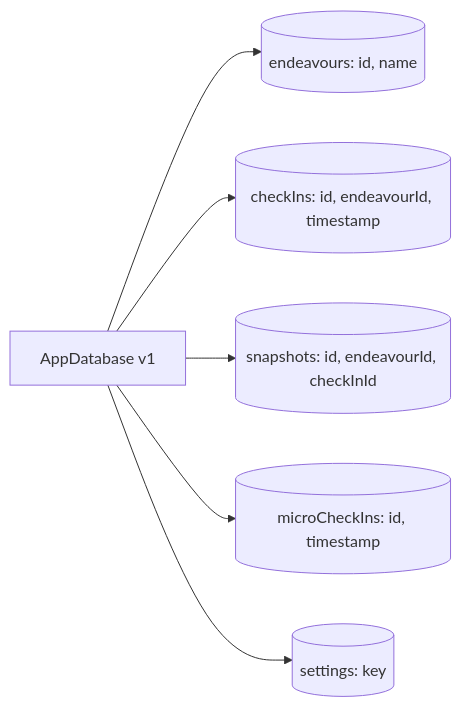
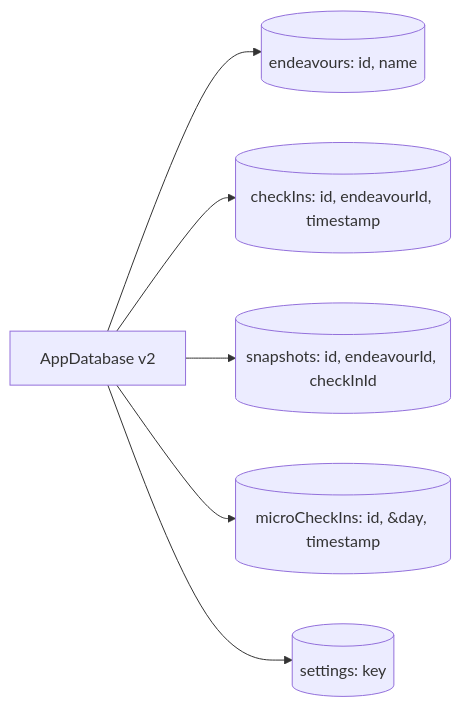
The diagram in src/data/ARCHITECTURE.md (alph-a07/rival), drawn with Mermaid before and after one commit. The commit also changed other lines of this file, not shown here.

First line of the commit message:
docs(data): update architecture doc to reflect new row DTO schema structure

````diff
--- a/src/data/ARCHITECTURE.md
+++ b/src/data/ARCHITECTURE.md
@@ -47,8 +45,8 @@
 ```mermaid
 flowchart LR
-    AppDatabase[AppDatabase v1] --> T1[(endeavours: id, name)]
+    AppDatabase[AppDatabase v2] --> T1[(endeavours: id, name)]
     AppDatabase --> T2[(checkIns: id, endeavourId, timestamp)]
     AppDatabase --> T3[(snapshots: id, endeavourId, checkInId)]
-    AppDatabase --> T4[(microCheckIns: id, timestamp)]
+    AppDatabase --> T4[(microCheckIns: id, &day, timestamp)]
     AppDatabase --> T5[(settings: key)]
 ```
````
